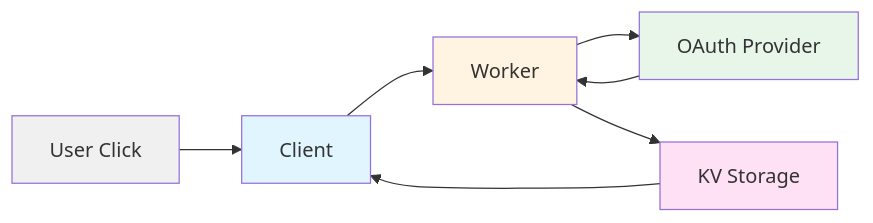
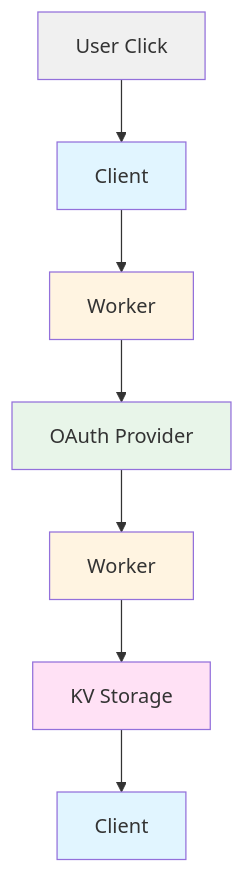
Before and after one commit to vscarpenter/gsd-task-manager: the third of 5 diagrams in OAUTH_OIDC_GUIDE.md, drawn with Mermaid. The commit also changed other lines of this file, not shown here.

First line of the commit message:
docs: Convert Mermaid diagrams to vertical layout

````diff
--- a/OAUTH_OIDC_GUIDE.md
+++ b/OAUTH_OIDC_GUIDE.md
@@ -165,15 +168,17 @@
 ```mermaid
-graph LR
+graph TD
     A[User Click] --> B[Client]
     B --> C[Worker]
     C --> D[OAuth Provider]
-    D --> C
-    C --> E[KV Storage]
-    E --> B
+    D --> C2[Worker]
+    C2 --> E[KV Storage]
+    E --> B2[Client]
 
     style A fill:#f0f0f0
     style B fill:#e1f5ff
     style C fill:#fff4e1
     style D fill:#e8f5e9
     style E fill:#ffe1f5
+    style C2 fill:#fff4e1
+    style B2 fill:#e1f5ff
 ```
````
